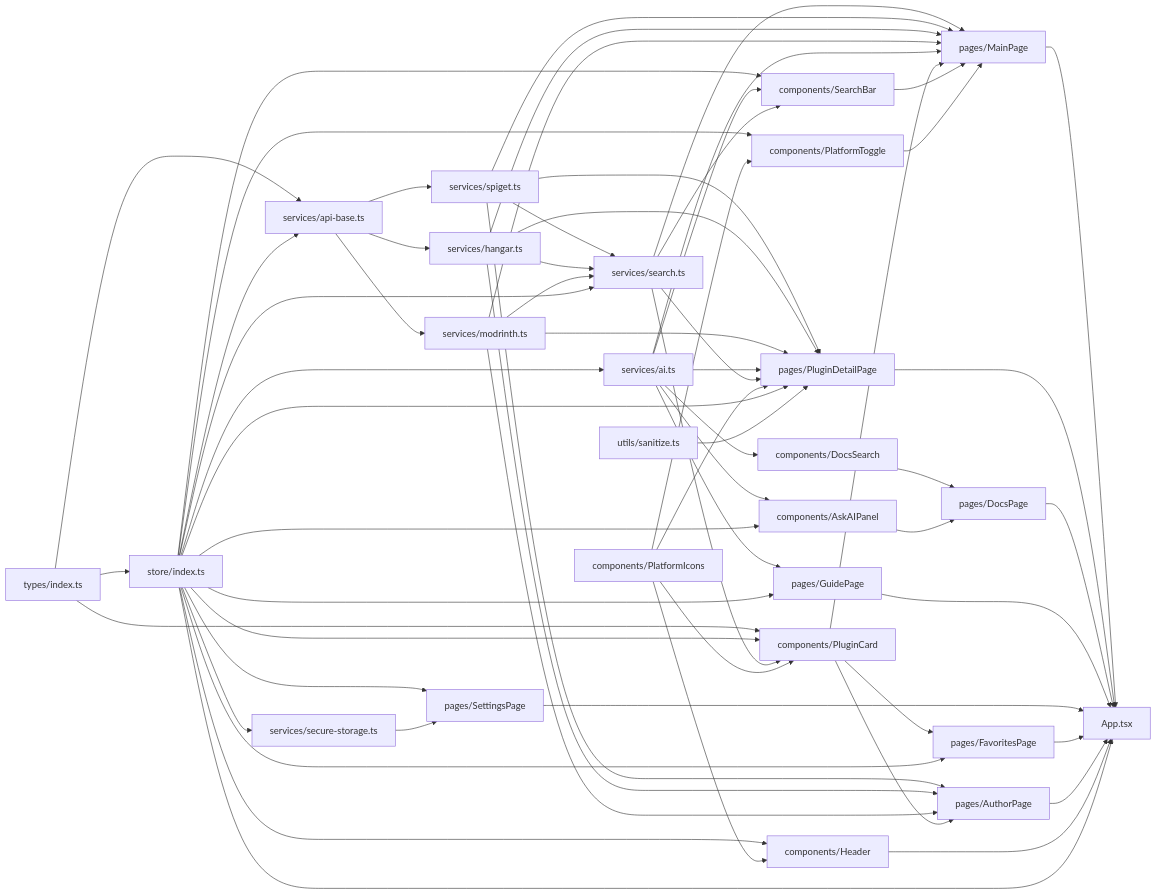
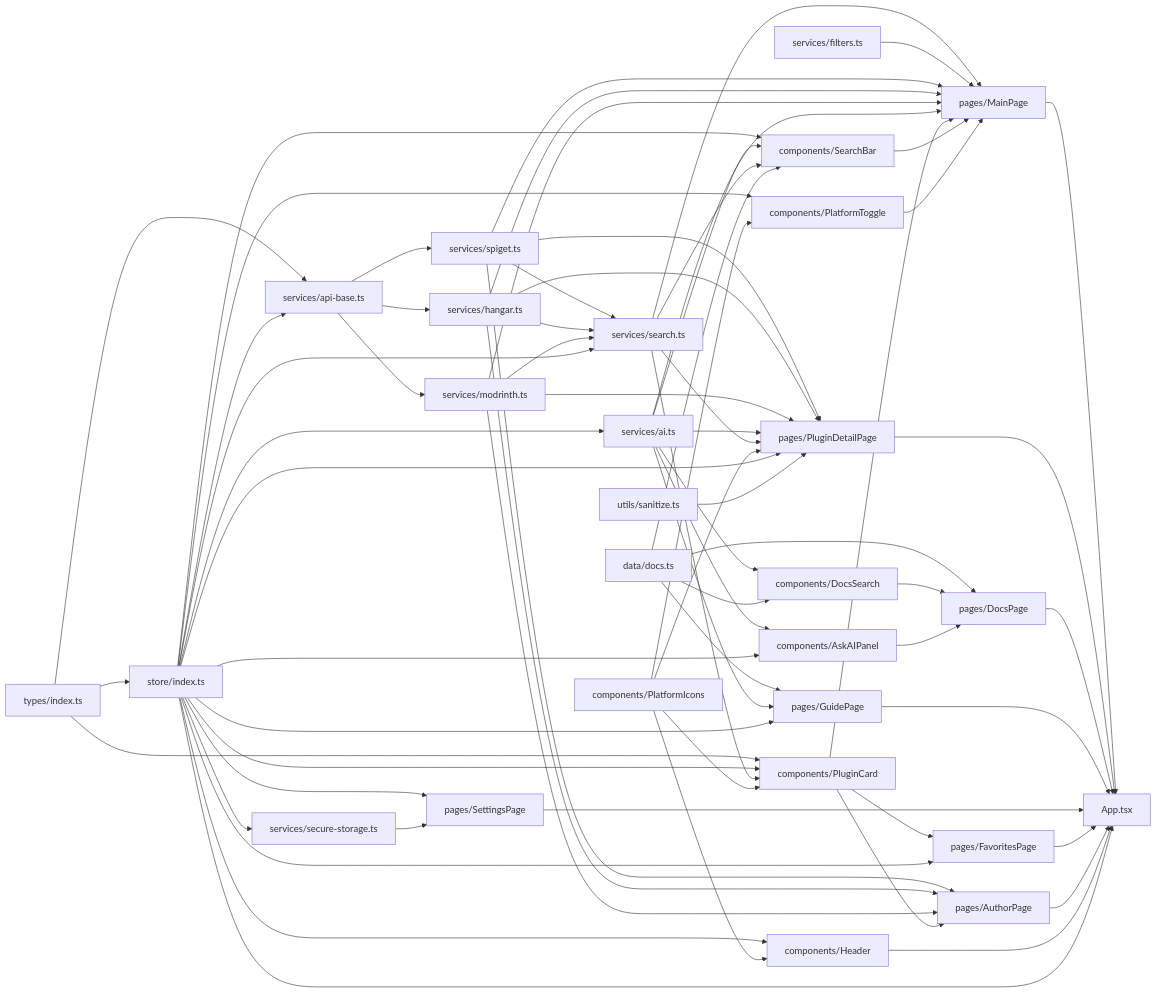
One commit to okouiko/pluginmarket changed the first of 2 diagrams in docs/code-wiki/02-modules-and-dependencies.md. Above: the diagram before and after it, drawn with Mermaid. The commit also changed other lines of this file and 49 other files, not shown here.

```diff
--- a/docs/code-wiki/02-modules-and-dependencies.md
+++ b/docs/code-wiki/02-modules-and-dependencies.md
@@ -39,6 +42,8 @@
     AI["services/ai.ts"]
     Secure["services/secure-storage.ts"]
     Sanitize["utils/sanitize.ts"]
+    Filters["services/filters.ts"]
+    DocsData["data/docs.ts"]
 
     Icons["components/PlatformIcons"]
     Card["components/PluginCard"]
@@ -87,6 +92,11 @@
     Store --> AskAI
 
     Search --> Main
+    Filters --> Main
+    DocsData --> Docs
+    DocsData --> SearchBar
+    DocsData --> DocsSearch
+    DocsData --> Guide
     Spiget --> Main
     Hangar --> Main
     Modrinth --> Main
```
